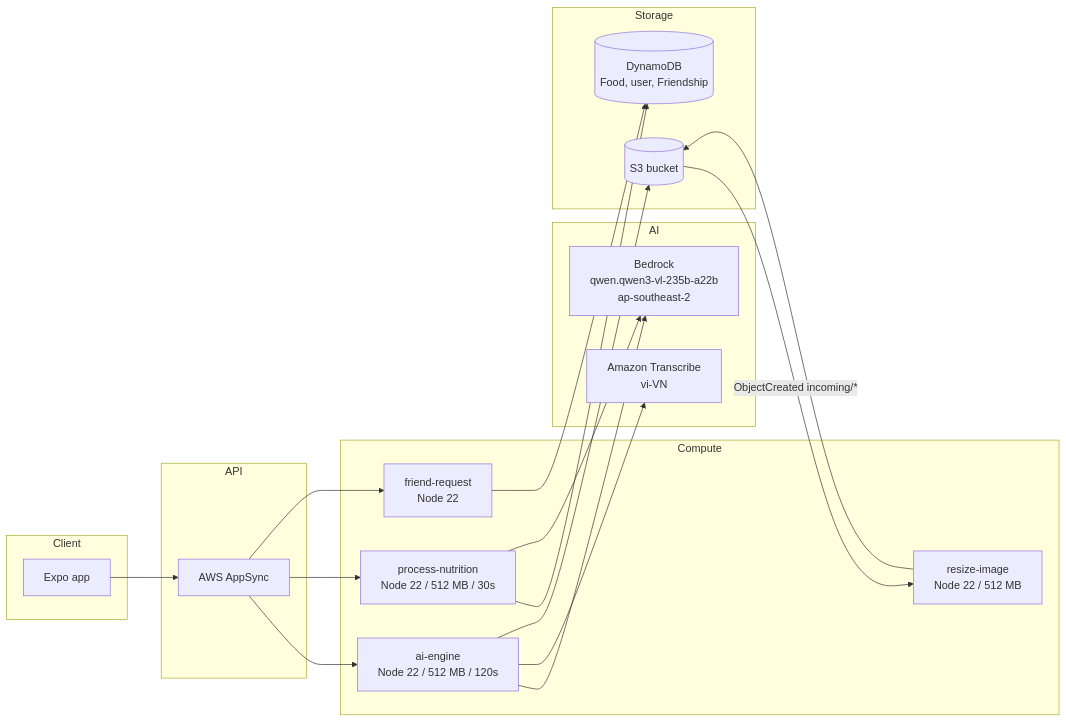
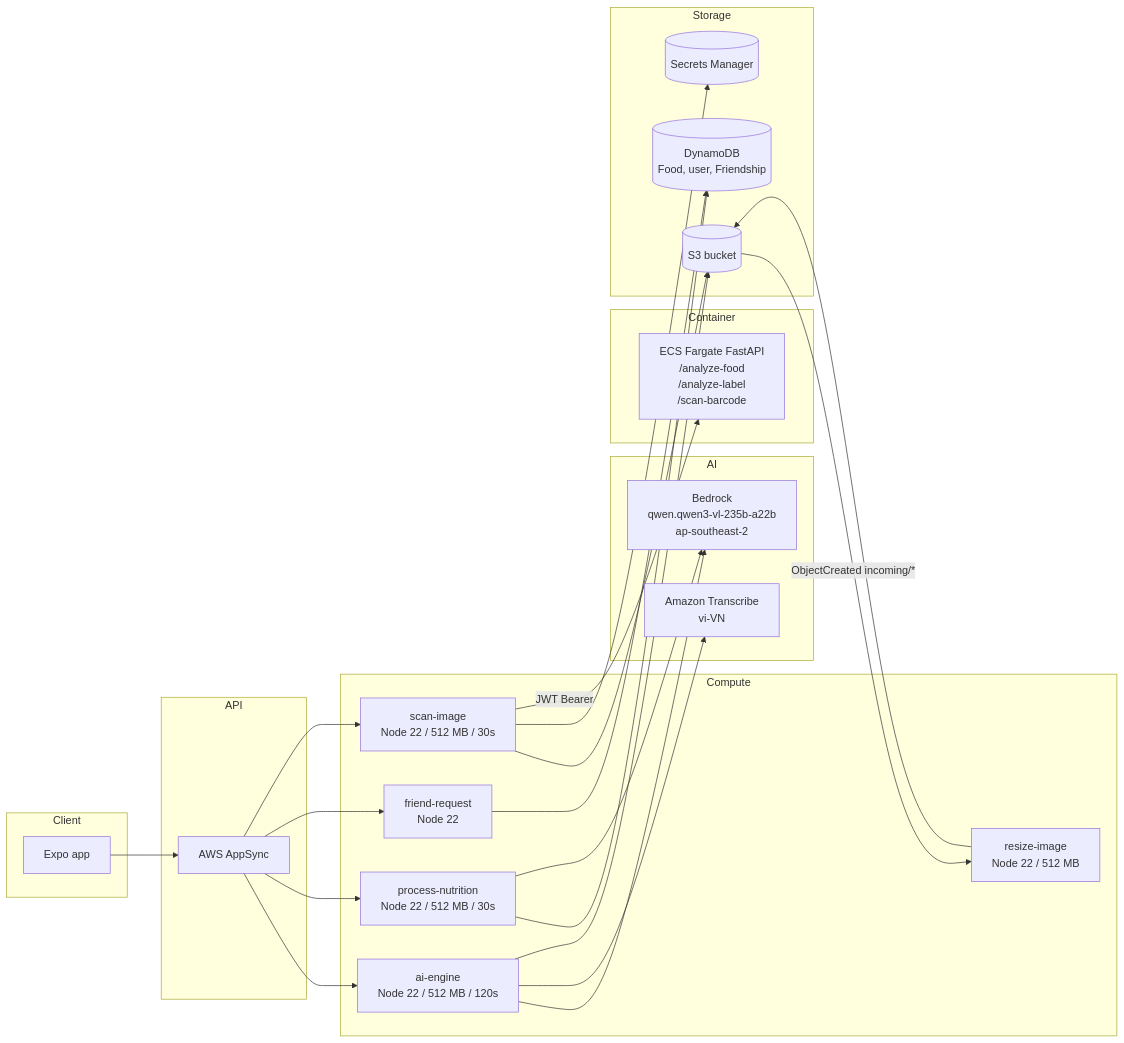
The diagram in content/workshop/4.5-Processing-Setup/index.en.md (KhaiND1221/FCAJ-intership-report), drawn with Mermaid before and after one commit. The commit also changed other lines of this file and 79 other files, not shown here.

````diff
--- a/content/workshop/4.5-Processing-Setup/index.en.md
+++ b/content/workshop/4.5-Processing-Setup/index.en.md
@@ -22,41 +23,51 @@
 ```mermaid
 flowchart LR
   subgraph Client
     App[Expo app]
   end
 
   subgraph API
     AppSync[AWS AppSync]
   end
 
   subgraph Compute
     AiEngine[ai-engine<br/>Node 22 / 512 MB / 120s]
     ProcNut[process-nutrition<br/>Node 22 / 512 MB / 30s]
     FriendReq[friend-request<br/>Node 22]
     ResizeImg[resize-image<br/>Node 22 / 512 MB]
+    ScanImg[scan-image<br/>Node 22 / 512 MB / 30s]
   end
 
   subgraph AI
     Bedrock[Bedrock<br/>qwen.qwen3-vl-235b-a22b<br/>ap-southeast-2]
     Transcribe[Amazon Transcribe<br/>vi-VN]
   end
 
+  subgraph Container
+    ECS[ECS Fargate FastAPI<br/>/analyze-food<br/>/analyze-label<br/>/scan-barcode]
+  end
+
   subgraph Storage
     S3[(S3 bucket)]
     DDB[(DynamoDB<br/>Food, user, Friendship)]
+    SecretsManager[(Secrets Manager)]
   end
 
   App --> AppSync
   AppSync --> AiEngine
   AppSync --> ProcNut
   AppSync --> FriendReq
+  AppSync --> ScanImg
   S3 -->|ObjectCreated incoming/*| ResizeImg
 
   AiEngine --> Bedrock
   AiEngine --> Transcribe
   AiEngine --> S3
   ProcNut --> DDB
   ProcNut --> Bedrock
   FriendReq --> DDB
   ResizeImg --> S3
+  ScanImg --> S3
+  ScanImg --> SecretsManager
+  ScanImg -->|JWT Bearer| ECS
 ```
````
